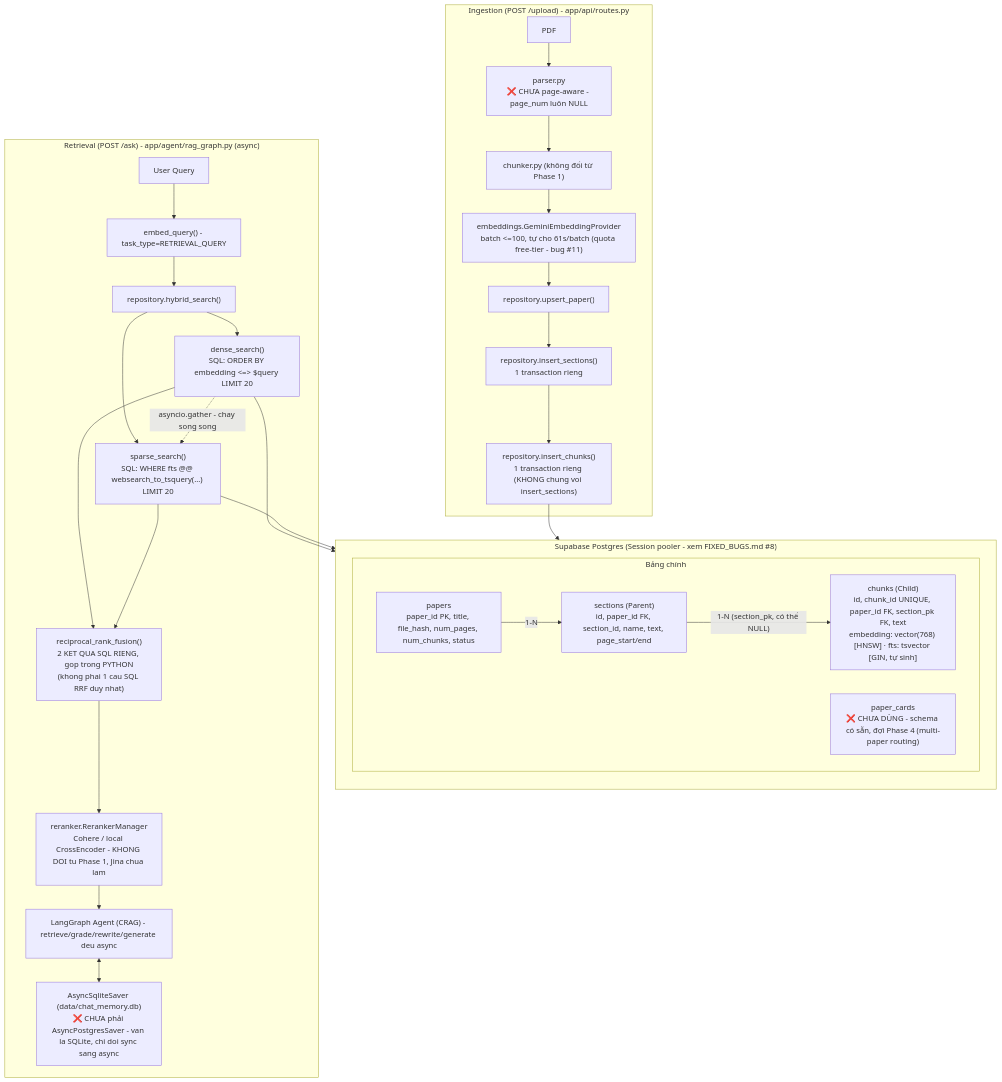
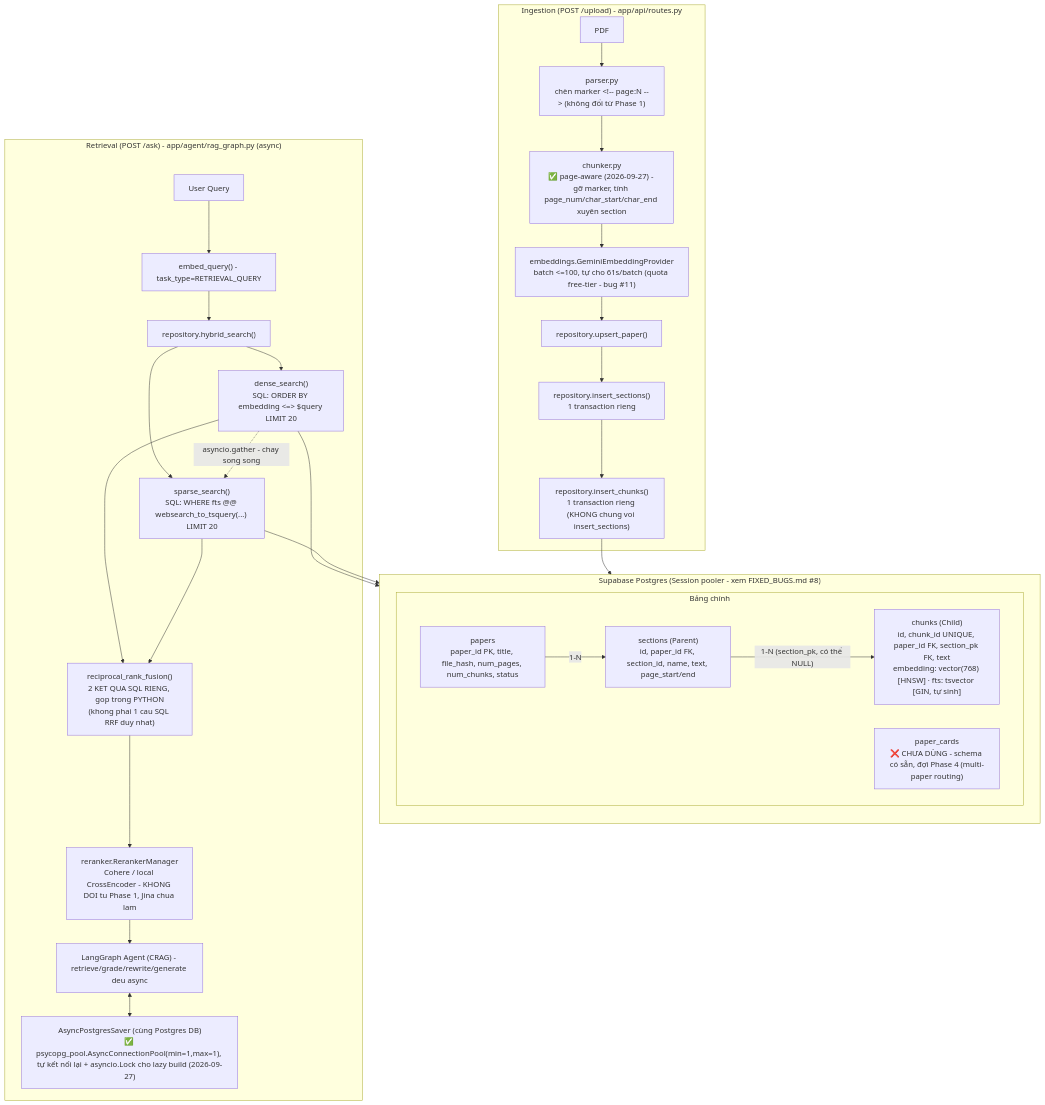
The third of 3 diagrams in docs/diagrams.md (KhoaYakult/arxiv-agentic-rag), drawn with Mermaid before and after one commit.

Commit message:
Fix 2 stale ❌ annotations in diagrams.md's current-state diagram
The Phase-2 diagram (Sơ đồ 2) still marked page-aware chunking and the
Postgres checkpointer as not-yet-done, left over from before this
session's backlog plan. No prior review pass caught this because the
grep audits searched for ChromaDB/BM25/vector_store terms, not these.

````diff
--- a/docs/diagrams.md
+++ b/docs/diagrams.md
@@ -132,43 +132,43 @@
 ```mermaid
 flowchart TD
     subgraph PG ["Supabase Postgres (Session pooler - xem FIXED_BUGS.md #8)"]
         direction TB
 
         subgraph TABLES ["Bảng chính"]
             T_PAPERS["papers<br/>paper_id PK, title, file_hash, num_pages, num_chunks, status"]
             T_SECTS["sections (Parent)<br/>id, paper_id FK, section_id, name, text, page_start/end"]
             T_CHUNKS["chunks (Child)<br/>id, chunk_id UNIQUE, paper_id FK, section_pk FK, text<br/>embedding: vector(768) [HNSW] · fts: tsvector [GIN, tự sinh]"]
             T_CARDS["paper_cards<br/>❌ CHƯA DÙNG - schema có sẵn, đợi Phase 4 (multi-paper routing)"]
         end
 
         T_PAPERS -->|"1-N"| T_SECTS
         T_SECTS -->|"1-N (section_pk, có thể NULL)"| T_CHUNKS
     end
 
     subgraph ING ["Ingestion (POST /upload) - app/api/routes.py"]
-        PDF2["PDF"] --> PARSE2["parser.py<br/>❌ CHƯA page-aware - page_num luôn NULL"]
-        PARSE2 --> CHUNK2["chunker.py (không đổi từ Phase 1)"]
+        PDF2["PDF"] --> PARSE2["parser.py<br/>chèn marker &lt;!-- page:N --&gt; (không đổi từ Phase 1)"]
+        PARSE2 --> CHUNK2["chunker.py<br/>✅ page-aware (2026-09-27) - gỡ marker, tính page_num/char_start/char_end xuyên section"]
         CHUNK2 --> EMB2["embeddings.GeminiEmbeddingProvider<br/>batch <=100, tự cho 61s/batch (quota free-tier - bug #11)"]
         EMB2 --> INS1["repository.upsert_paper()"]
         INS1 --> INS2["repository.insert_sections()<br/>1 transaction rieng"]
         INS2 --> INS3["repository.insert_chunks()<br/>1 transaction rieng (KHONG chung voi insert_sections)"]
         INS3 --> TABLES
     end
 
     subgraph RET ["Retrieval (POST /ask) - app/agent/rag_graph.py (async)"]
         Q2["User Query"] --> EMB_GEMINI["embed_query() - task_type=RETRIEVAL_QUERY"]
 
         EMB_GEMINI --> HSEARCH["repository.hybrid_search()"]
         HSEARCH --> DENSE["dense_search()<br/>SQL: ORDER BY embedding <=> $query LIMIT 20"]
         HSEARCH --> SPARSE["sparse_search()<br/>SQL: WHERE fts @@ websearch_to_tsquery(...) LIMIT 20"]
         DENSE -.->|"asyncio.gather - chay song song"| SPARSE
         DENSE --> RRF2["reciprocal_rank_fusion()<br/>2 KET QUA SQL RIENG, gop trong PYTHON<br/>(khong phai 1 cau SQL RRF duy nhat)"]
         SPARSE --> RRF2
         DENSE --> TABLES
         SPARSE --> TABLES
 
         RRF2 --> RERANK2["reranker.RerankerManager<br/>Cohere / local CrossEncoder - KHONG DOI tu Phase 1, Jina chua lam"]
         RERANK2 --> AGENT2["LangGraph Agent (CRAG) - retrieve/grade/rewrite/generate deu async"]
-        AGENT2 <--> CHECKPOINT["AsyncSqliteSaver (data/chat_memory.db)<br/>❌ CHƯA phải AsyncPostgresSaver - van la SQLite, chi doi sync sang async"]
+        AGENT2 <--> CHECKPOINT["AsyncPostgresSaver (cùng Postgres DB)<br/>✅ psycopg_pool.AsyncConnectionPool(min=1,max=1), tự kết nối lại + asyncio.Lock cho lazy build (2026-09-27)"]
     end
 ```
````
